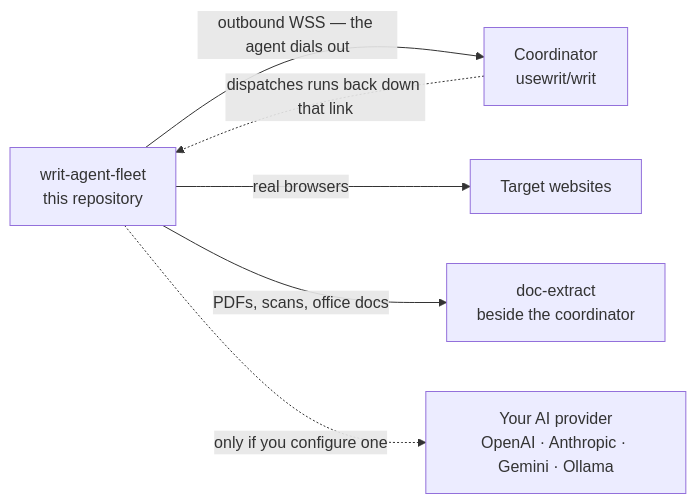
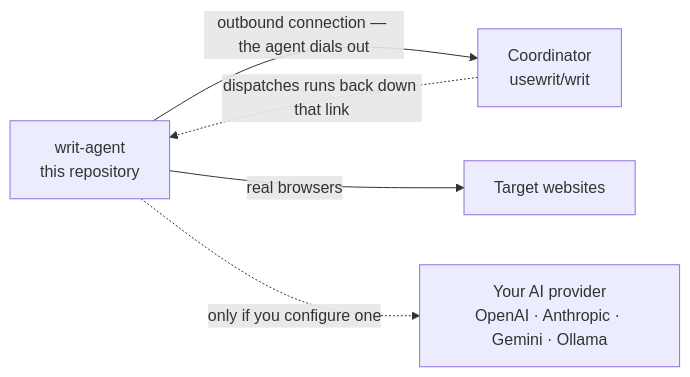
One commit to usewrit/writ-agent changed the diagram in README.md. Above: the diagram before and after it, drawn with Mermaid. The commit also changed other lines of this file, not shown here.

````diff
--- a/README.md
+++ b/README.md
@@ -71,8 +65,7 @@
 ```mermaid
 flowchart LR
-    A["writ-agent-fleet<br/>this repository"] -->|"outbound WSS — the agent dials out"| C["Coordinator<br/>usewrit/writ"]
+    A["writ-agent<br/>this repository"] -->|"outbound connection — the agent dials out"| C["Coordinator<br/>usewrit/writ"]
     C -.->|"dispatches runs back down that link"| A
     A -->|"real browsers"| T["Target websites"]
-    A -->|"PDFs, scans, office docs"| D["doc-extract<br/>beside the coordinator"]
     A -.->|"only if you configure one"| M["Your AI provider<br/>OpenAI · Anthropic · Gemini · Ollama"]
 ```
````
